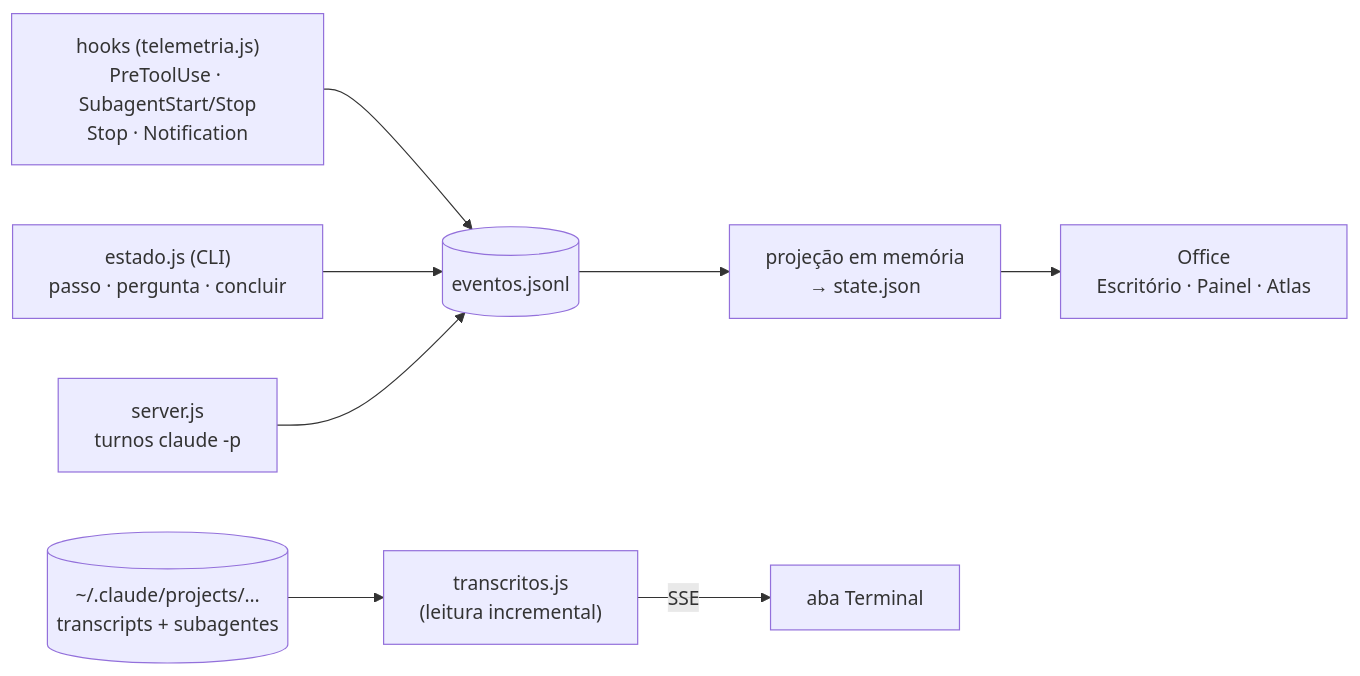
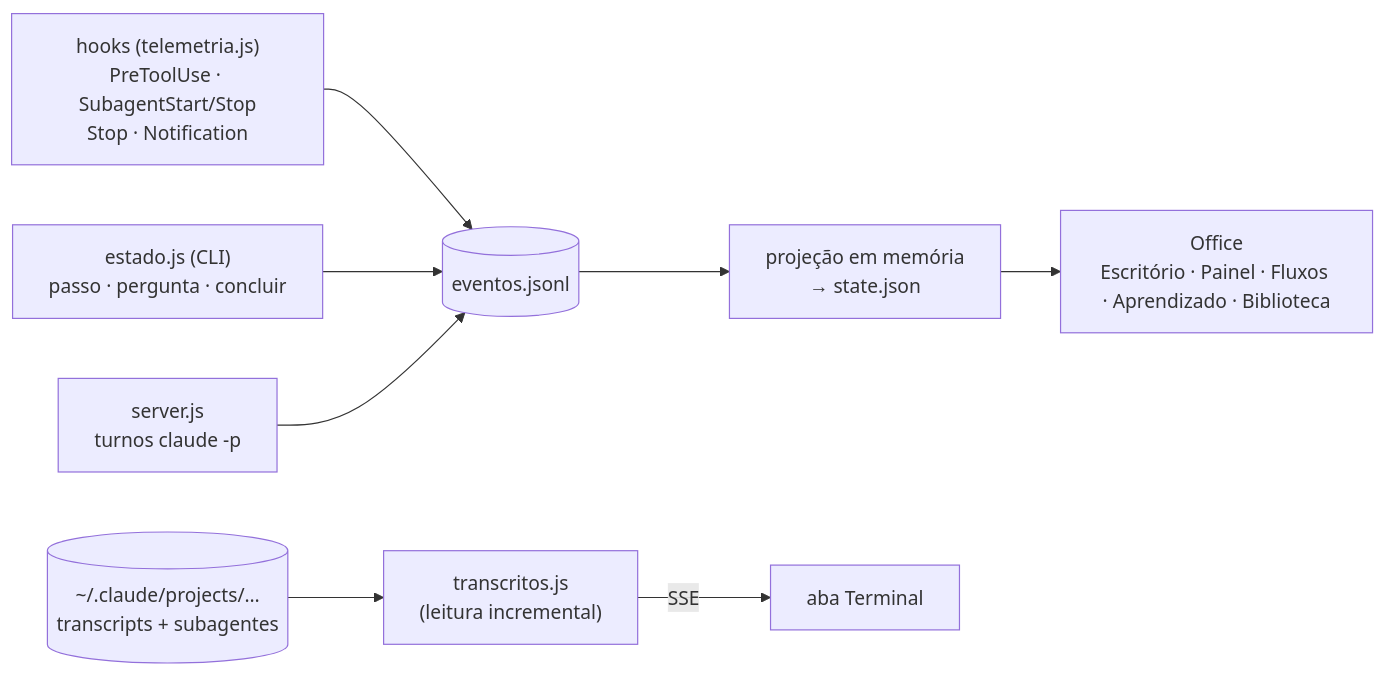
The third of 3 diagrams in README.md (reisrb/claude-yggdrasil-orchestrator), drawn with Mermaid before and after one commit. The commit also changed other lines of this file and 24 other files, not shown here.

First line of the commit message:
feat: organizador de fluxos, mapa de aprendizado, biblioteca de skills e limites de uso (núcleo v0.2.0)

````diff
--- a/README.md
+++ b/README.md
@@ -123,10 +128,10 @@
 ```mermaid
 flowchart LR
   H["hooks (telemetria.js)<br/>PreToolUse · SubagentStart/Stop<br/>Stop · Notification"] --> E[(eventos.jsonl)]
   C["estado.js (CLI)<br/>passo · pergunta · concluir"] --> E
   S["server.js<br/>turnos claude -p"] --> E
   E --> P["projeção em memória<br/>→ state.json"]
   T[("~/.claude/projects/…<br/>transcripts + subagentes")] --> TT["transcritos.js<br/>(leitura incremental)"]
-  P --> UI["Office<br/>Escritório · Painel · Atlas"]
+  P --> UI["Office<br/>Escritório · Painel · Fluxos · Aprendizado · Biblioteca"]
   TT -- SSE --> TERM["aba Terminal"]
 ```
````
